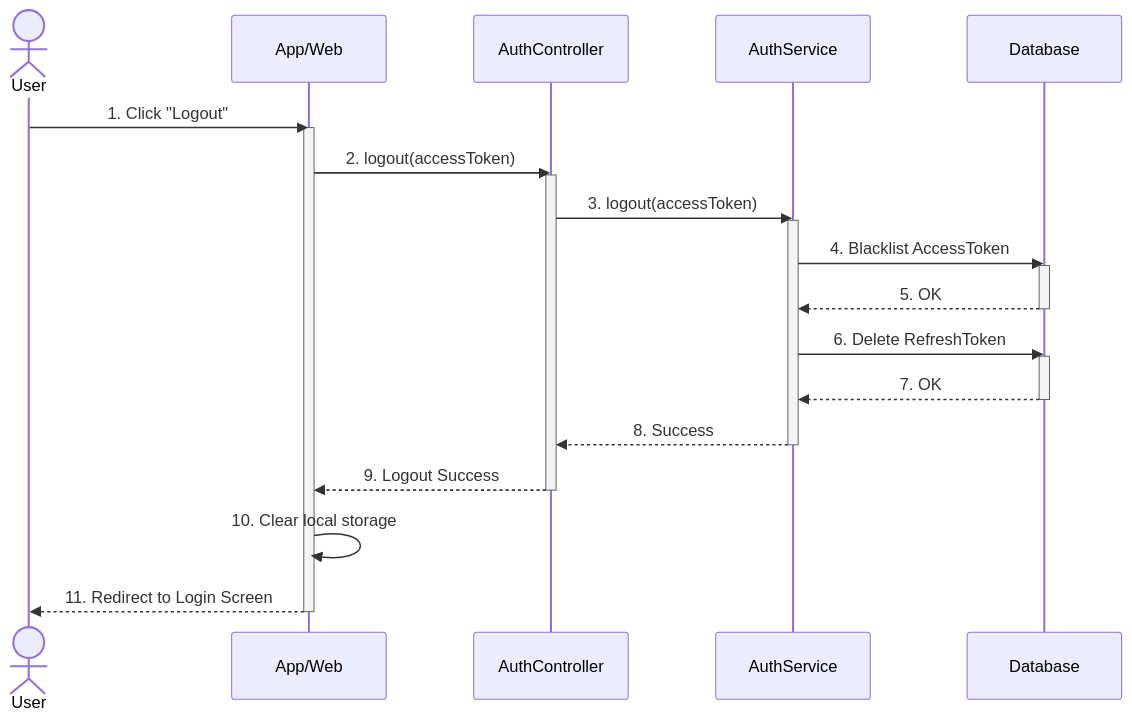
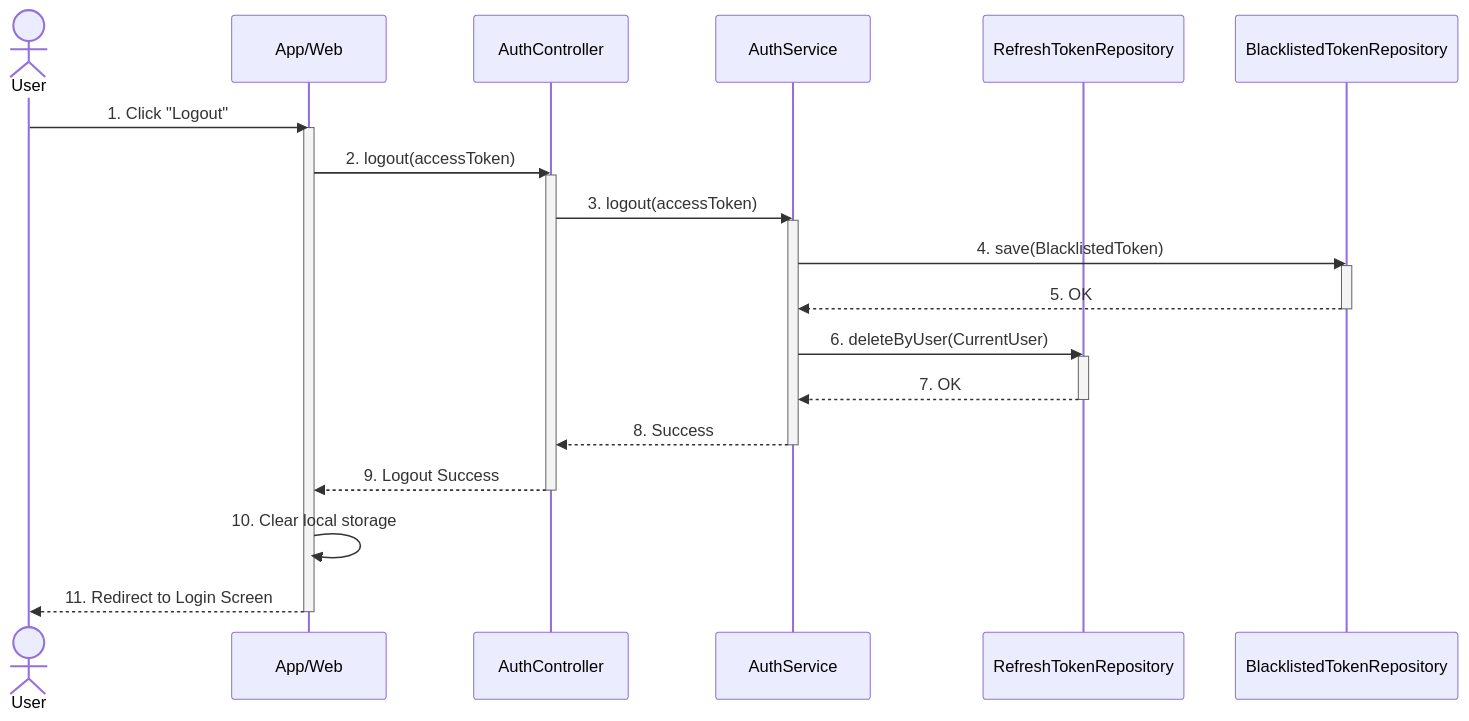
Before and after one commit to espresso23/Petties-Veterinary-Appointment-Booking-Platform: diagram 11 of 40 in docs-references/documentation/SDD/REPORT_4_SDD_SYSTEM_DESIGN.md, drawn with Mermaid. The commit also changed other lines of this file and 132 other files, not shown here.

````diff
--- a/docs-references/documentation/SDD/REPORT_4_SDD_SYSTEM_DESIGN.md
+++ b/docs-references/documentation/SDD/REPORT_4_SDD_SYSTEM_DESIGN.md
@@ -1067,30 +1116,31 @@
 ```mermaid
 sequenceDiagram
     actor User as User
     participant UI as App/Web
     participant AC as AuthController
     participant AS as AuthService
-    participant DB as Database
+    participant RTR as RefreshTokenRepository
+    participant BTR as BlacklistedTokenRepository
 
     User->>UI: 1. Click "Logout"
     activate UI
     UI->>AC: 2. logout(accessToken)
     activate AC
     AC->>AS: 3. logout(accessToken)
     activate AS
-    AS->>DB: 4. Blacklist AccessToken
-    activate DB
-    DB-->>AS: 5. OK
-    deactivate DB
-    AS->>DB: 6. Delete RefreshToken
-    activate DB
-    DB-->>AS: 7. OK
-    deactivate DB
+    AS->>BTR: 4. save(BlacklistedToken)
+    activate BTR
+    BTR-->>AS: 5. OK
+    deactivate BTR
+    AS->>RTR: 6. deleteByUser(CurrentUser)
+    activate RTR
+    RTR-->>AS: 7. OK
+    deactivate RTR
     AS-->>AC: 8. Success
     deactivate AS
     AC-->>UI: 9. Logout Success
     deactivate AC
     UI->>UI: 10. Clear local storage
     UI-->>User: 11. Redirect to Login Screen
     deactivate UI
 ```
````
